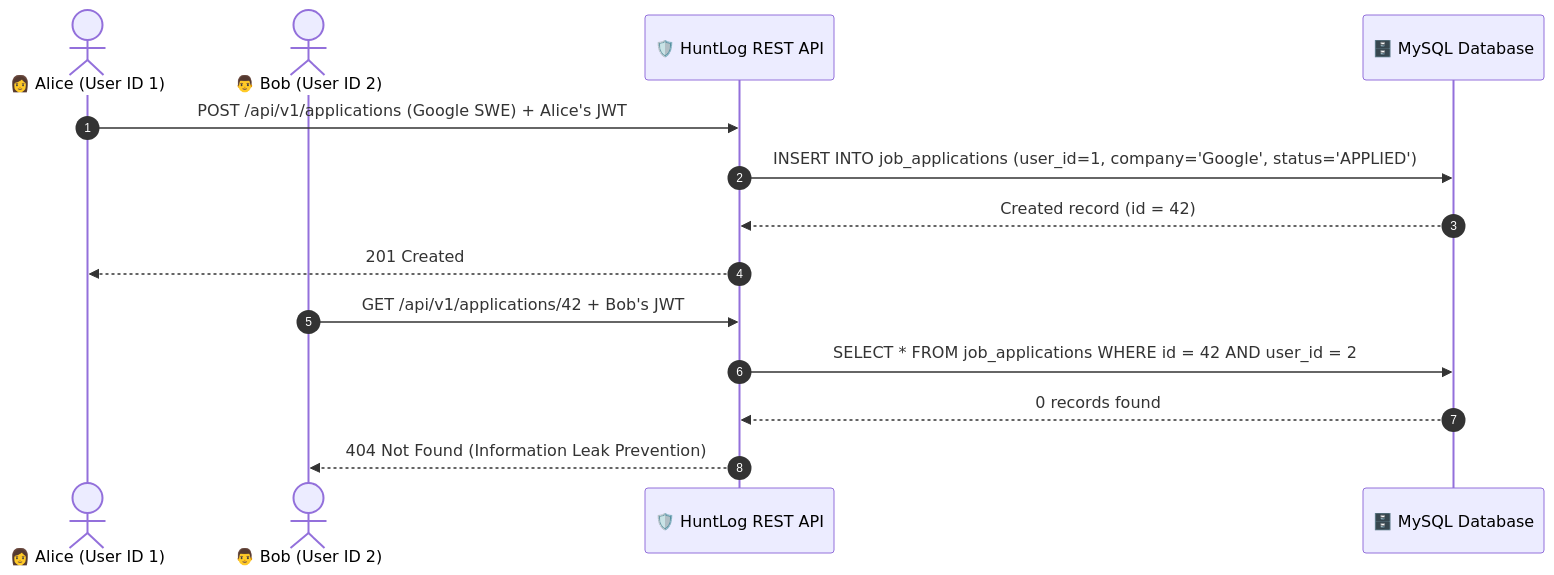
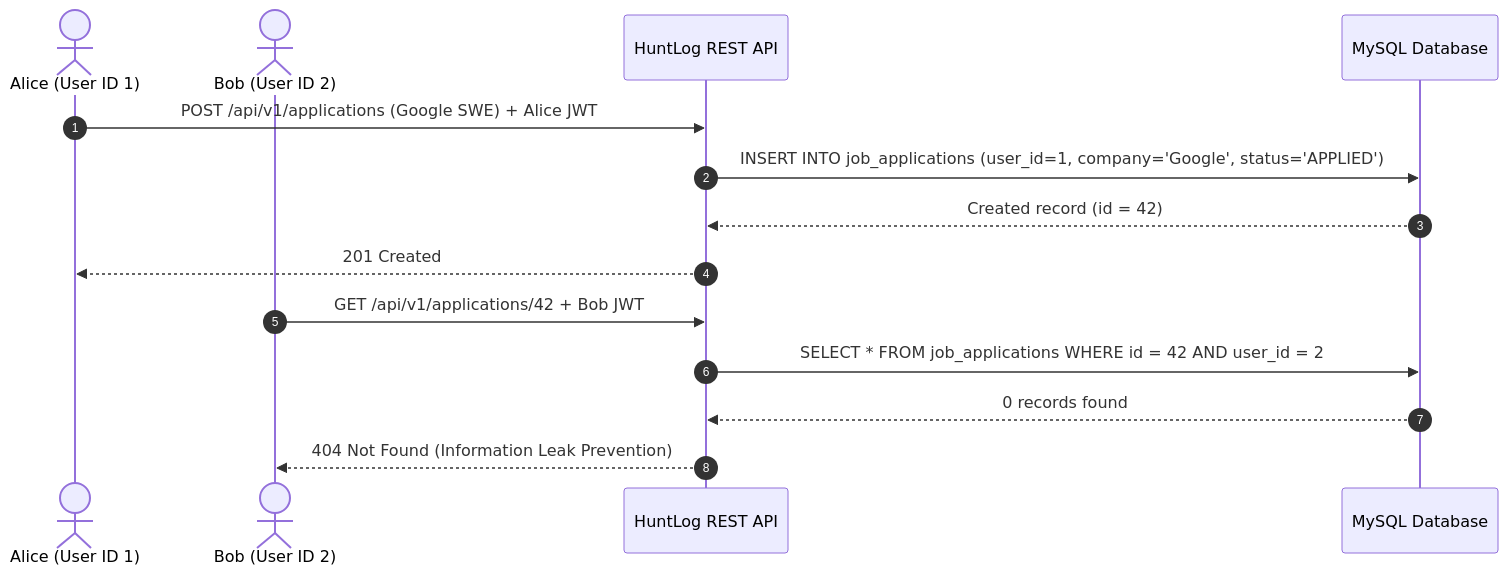
Before and after one commit to pbanakar/huntlog: the third of 4 diagrams in ARCHITECTURE.md, drawn with Mermaid. The commit also changed other lines of this file and 6 other files, not shown here.

````diff
--- a/ARCHITECTURE.md
+++ b/ARCHITECTURE.md
@@ -133,18 +143,18 @@
 ```mermaid
 sequenceDiagram
     autonumber
-    actor Alice as 👩 Alice (User ID 1)
-    actor Bob as 👨 Bob (User ID 2)
-    participant API as 🛡️ HuntLog REST API
-    participant DB as 🗄️ MySQL Database
+    actor Alice as Alice (User ID 1)
+    actor Bob as Bob (User ID 2)
+    participant API as HuntLog REST API
+    participant DB as MySQL Database
 
-    Alice->>API: POST /api/v1/applications (Google SWE) + Alice's JWT
+    Alice->>API: POST /api/v1/applications (Google SWE) + Alice JWT
     API->>DB: INSERT INTO job_applications (user_id=1, company='Google', status='APPLIED')
     DB-->>API: Created record (id = 42)
     API-->>Alice: 201 Created
 
-    Bob->>API: GET /api/v1/applications/42 + Bob's JWT
+    Bob->>API: GET /api/v1/applications/42 + Bob JWT
     API->>DB: SELECT * FROM job_applications WHERE id = 42 AND user_id = 2
     DB-->>API: 0 records found
     API-->>Bob: 404 Not Found (Information Leak Prevention)
 ```
````
